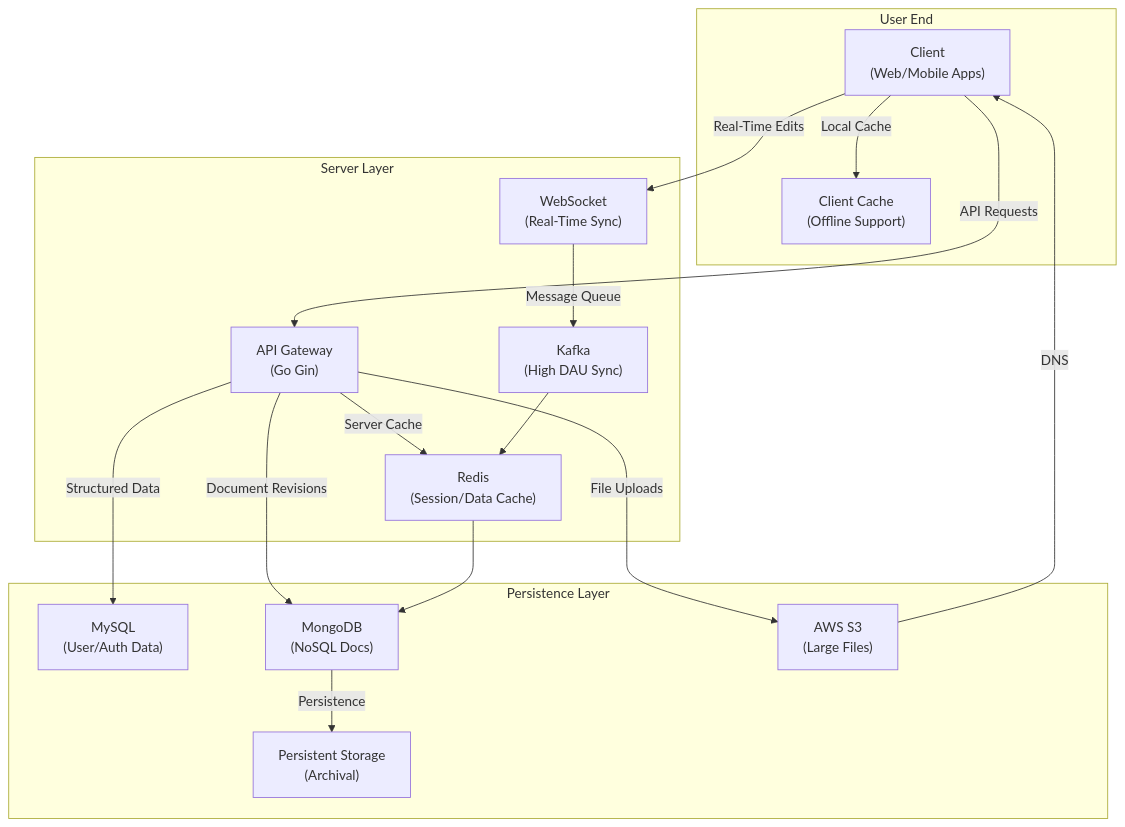
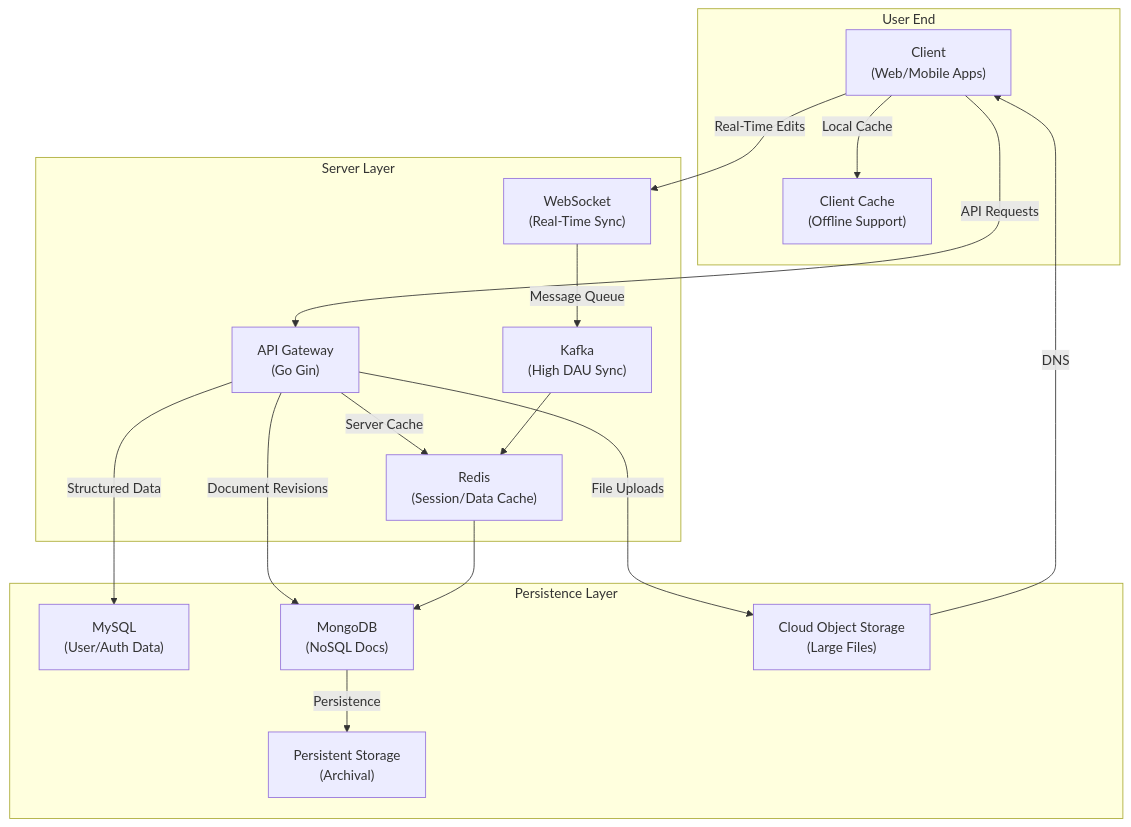
One commit to conbanwa/AuthServer changed the first of 2 diagrams in README.md. Above: the diagram before and after it, drawn with Mermaid. The commit also changed other lines of this file, not shown here.

Commit message:
Update README for storage service and data models

````diff
--- a/README.md
+++ b/README.md
@@ -5,31 +5,31 @@
 ```mermaid
 graph TD
     A["Client<br/>(Web/Mobile Apps)"] -->|"API Requests"| B["API Gateway<br/>(Go Gin)"]
     A -->|"Real-Time Edits"| C["WebSocket<br/>(Real-Time Sync)"]
     B -->|"Structured Data"| D["MySQL<br/>(User/Auth Data)"]
     B -->|"Document Revisions"| E["MongoDB<br/>(NoSQL Docs)"]
-    B -->|"File Uploads"| F["AWS S3<br/>(Large Files)"]
+    B -->|"File Uploads"| F["Cloud Object Storage<br/>(Large Files)"]
     C -->|"Message Queue"| G["Kafka<br/>(High DAU Sync)"]
     A -->|"Local Cache"| H["Client Cache<br/>(Offline Support)"]
     B -->|"Server Cache"| I["Redis<br/>(Session/Data Cache)"]
     G --> I
     I --> E
     E -->|"Persistence"| J["Persistent Storage<br/>(Archival)"]
     F -->|"DNS"| A
     subgraph "User End"
         A
         H
     end
     subgraph "Server Layer"
         B
         C
         G
         I
     end
     subgraph "Persistence Layer"
         D
         E
         F
         J
     end
 ```
````
